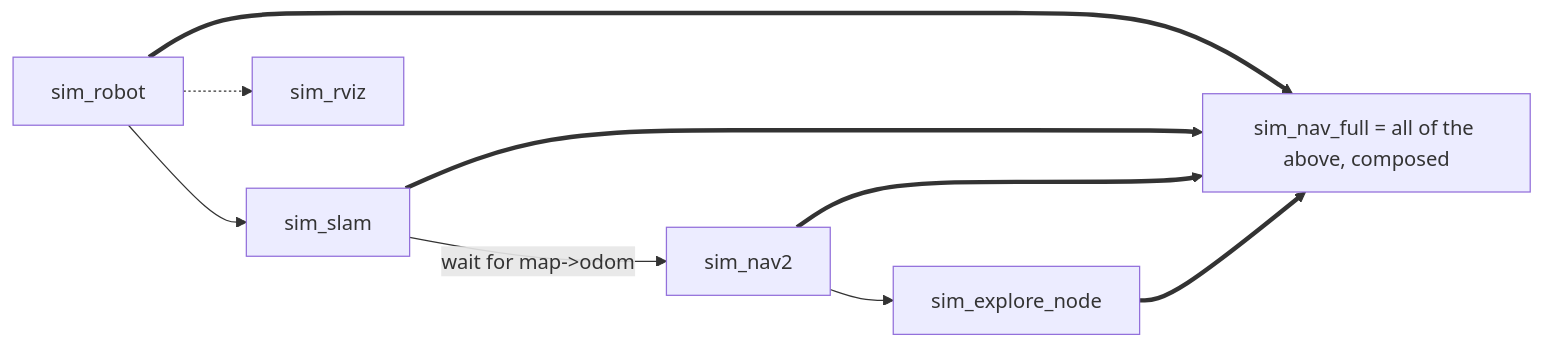
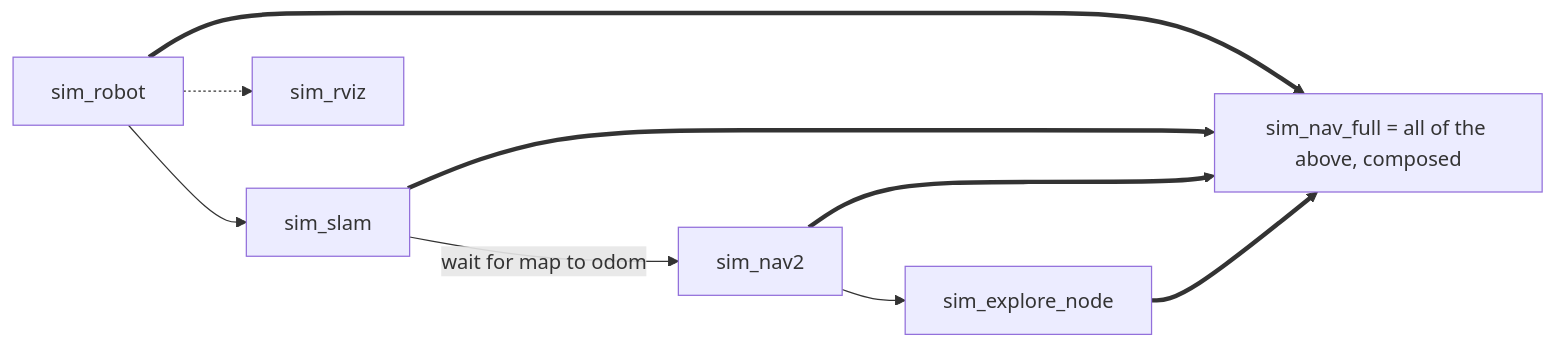
One commit to Boston-Robot-Hackers/dome_nav changed the diagram in 01-literate/X07-sim_debug_launch_files.md. Above: the diagram before and after it, drawn with Mermaid. The commit also changed 8 other files, not shown here.

First line of the commit message:
docs(literate): fix mermaid syntax across all diagrams

````diff
--- a/01-literate/X07-sim_debug_launch_files.md
+++ b/01-literate/X07-sim_debug_launch_files.md
@@ -19,8 +19,8 @@
 ```mermaid
 flowchart LR
-    R[sim_robot] --> S[sim_slam]
-    S -->|wait for map->odom| N[sim_nav2]
-    N --> E[sim_explore_node]
-    R -.-> V[sim_rviz]
-    R & S & N & E ==> F[sim_nav_full = all of the above, composed]
+    R["sim_robot"] --> S["sim_slam"]
+    S -->|"wait for map to odom"| N["sim_nav2"]
+    N --> E["sim_explore_node"]
+    R -.-> V["sim_rviz"]
+    R & S & N & E ==> F["sim_nav_full = all of the above, composed"]
 ```
````
